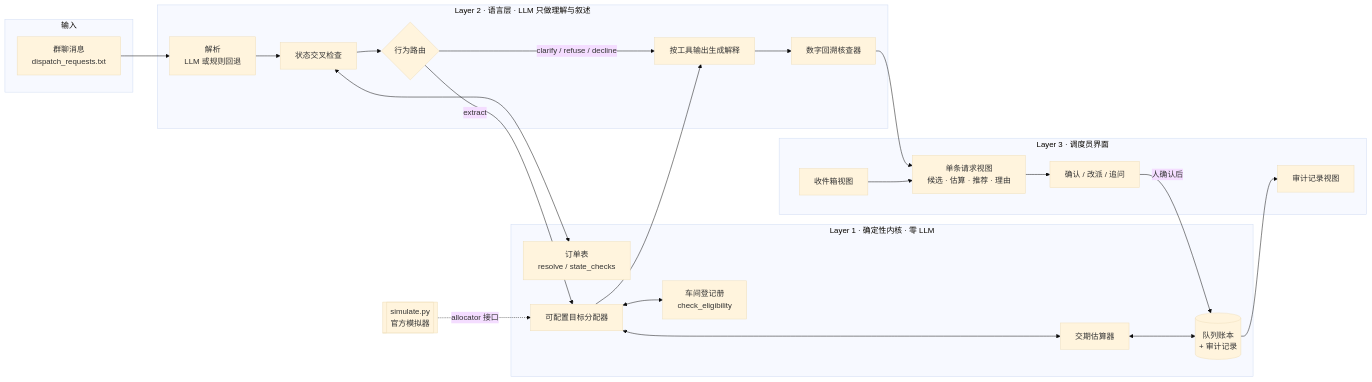
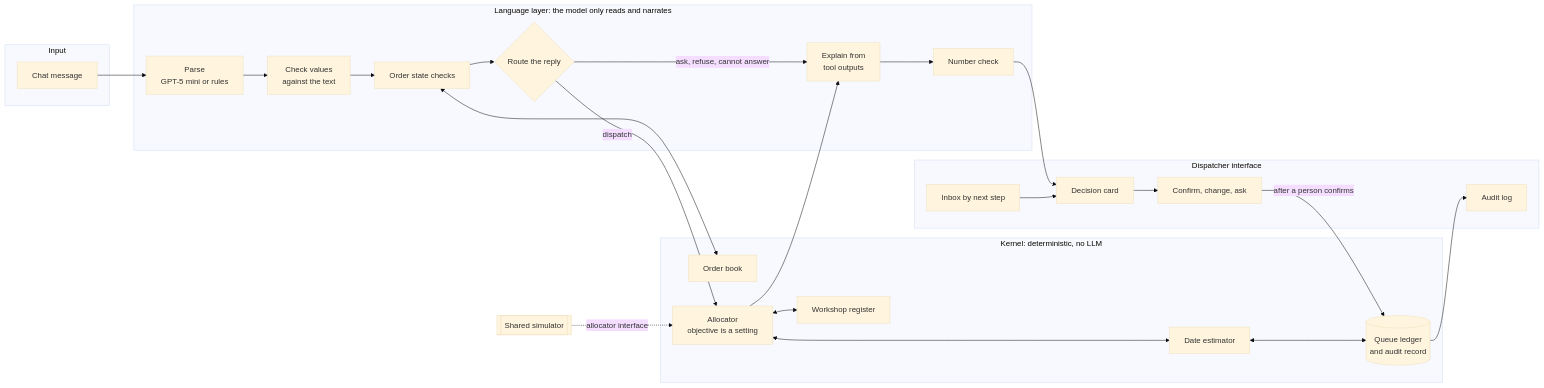
One commit to dss5105-track2/track2-desk changed the diagram in docs/architecture.md. Above: the diagram before and after it, drawn with Mermaid (base theme). The commit also changed other lines of this file and 19 other files, not shown here.

````diff
--- a/docs/architecture.md
+++ b/docs/architecture.md
@@ -5,45 +5,46 @@
 ```mermaid
 flowchart LR
-    subgraph IN[输入]
-        CHAT[群聊消息<br/>dispatch_requests.txt]
+    subgraph IN[Input]
+        CHAT[Chat message]
     end
 
-    subgraph L2[Layer 2 · 语言层 · LLM 只做理解与叙述]
-        PARSE[解析<br/>LLM 或规则回退]
-        CHECK[状态交叉检查]
-        ROUTE{行为路由}
-        EXPLAIN[按工具输出生成解释]
-        VERIFY[数字回溯核查器]
+    subgraph L2[Language layer: the model only reads and narrates]
+        PARSE[Parse<br/>GPT-5 mini or rules]
+        GROUND[Check values<br/>against the text]
+        CHECK[Order state checks]
+        ROUTE{Route the reply}
+        EXPLAIN[Explain from<br/>tool outputs]
+        VERIFY[Number check]
     end
 
-    subgraph L1[Layer 1 · 确定性内核 · 零 LLM]
-        REG[车间登记册<br/>check_eligibility]
-        ORD[订单表<br/>resolve / state_checks]
-        EST[交期估算器]
-        RANK[可配置目标分配器]
-        LEDGER[(队列账本<br/>+ 审计记录)]
+    subgraph L1[Kernel: deterministic, no LLM]
+        REG[Workshop register]
+        ORD[Order book]
+        EST[Date estimator]
+        RANK[Allocator<br/>objective is a setting]
+        LEDGER[(Queue ledger<br/>and audit record)]
     end
 
-    subgraph L3[Layer 3 · 调度员界面]
-        INBOX[收件箱视图]
-        CARD[单条请求视图<br/>候选 · 估算 · 推荐 · 理由]
-        CONFIRM[确认 / 改派 / 追问]
-        AUDIT[审计记录视图]
+    subgraph L3[Dispatcher interface]
+        INBOX[Inbox by next step]
+        CARD[Decision card]
+        CONFIRM[Confirm, change, ask]
+        AUDIT[Audit log]
     end
 
-    SIM[[simulate.py<br/>官方模拟器]]
+    SIM[[Shared simulator]]
 
-    CHAT --> PARSE --> CHECK
+    CHAT --> PARSE --> GROUND --> CHECK
     CHECK <--> ORD
     CHECK --> ROUTE
-    ROUTE -- clarify / refuse / decline --> EXPLAIN
-    ROUTE -- extract --> RANK
+    ROUTE -- ask, refuse, cannot answer --> EXPLAIN
+    ROUTE -- dispatch --> RANK
     RANK <--> REG
     RANK <--> EST
     EST <--> LEDGER
     RANK --> EXPLAIN --> VERIFY --> CARD
     INBOX --> CARD --> CONFIRM
-    CONFIRM -- 人确认后 --> LEDGER
+    CONFIRM -- after a person confirms --> LEDGER
     LEDGER --> AUDIT
-    SIM -. allocator 接口 .-> RANK
+    SIM -. allocator interface .-> RANK
 ```
````
